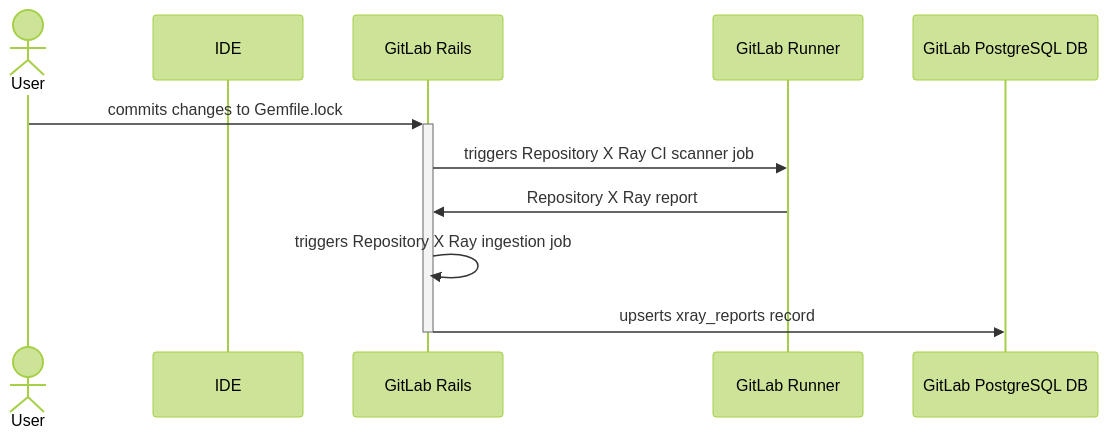
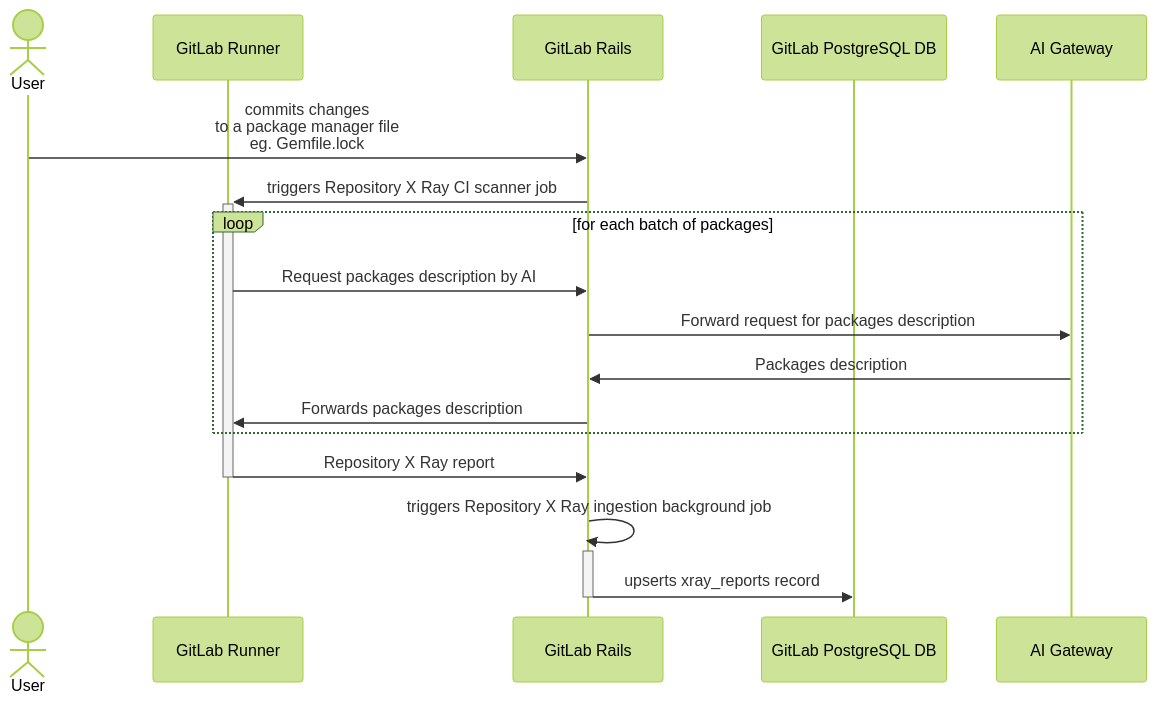
One commit to secretstartups/handbook changed the third of 4 diagrams in content/handbook/engineering/development/dev/create/code-creation/engineering_overview.md. Above: the diagram before and after it, drawn with Mermaid (forest theme).

Commit message:
Update X Ray scan sequence diagram

````diff
--- a/content/handbook/engineering/development/dev/create/code-creation/engineering_overview.md
+++ b/content/handbook/engineering/development/dev/create/code-creation/engineering_overview.md
@@ -96,14 +96,23 @@
 ```mermaid
 sequenceDiagram
-    actor USR as User
-    participant IDE
-    participant GLR as GitLab Rails
-    participant RN as GitLab Runner
-    participant PG as GitLab PostgreSQL DB
+   actor USR as User
+   participant RN as GitLab Runner
 
-    USR->>+GLR: commits changes to Gemfile.lock
-    GLR->>RN: triggers Repository X Ray CI scanner job
-    RN->>GLR: Repository X Ray report
-    GLR->>GLR: triggers Repository X Ray ingestion job
-    GLR->>-PG: upserts xray_reports record
+
+   participant GLR as GitLab Rails
+   participant PG as GitLab PostgreSQL DB
+   participant AIGW as AI Gateway
+
+
+   USR->>GLR: commits changes <br> to a package manager file <br>eg. Gemfile.lock
+   GLR->>+RN: triggers Repository X Ray CI scanner job
+   loop for each batch of packages
+       RN->>GLR: Request packages description by AI
+       GLR->>AIGW: Forward request for packages description
+       AIGW->>GLR: Packages description
+       GLR->>RN: Forwards packages description
+   end
+   RN->>-GLR: Repository X Ray report
+   GLR->>+GLR: triggers Repository X Ray ingestion background job
+   GLR->>-PG: upserts xray_reports record
 ```
````
